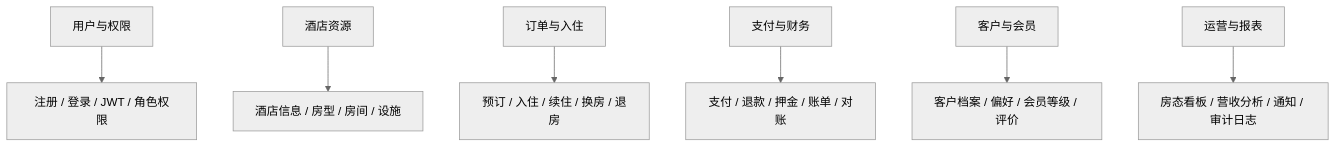
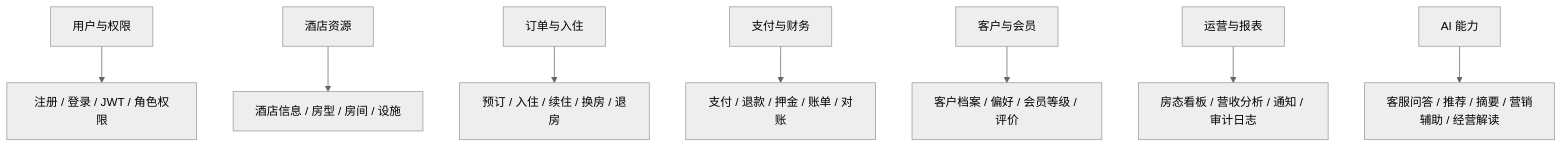
Before and after one commit to MelodyKnit/HoteLink: the third of 7 diagrams in docs/frontend-system-design.md, drawn with Mermaid (neutral theme). The commit also changed other lines of this file and 15 other files, not shown here.

````diff
--- a/docs/frontend-system-design.md
+++ b/docs/frontend-system-design.md
@@ -102,9 +107,10 @@
 ```mermaid
 flowchart TD
     A["用户与权限"] --> A1["注册 / 登录 / JWT / 角色权限"]
     B["酒店资源"] --> B1["酒店信息 / 房型 / 房间 / 设施"]
     C["订单与入住"] --> C1["预订 / 入住 / 续住 / 换房 / 退房"]
     D["支付与财务"] --> D1["支付 / 退款 / 押金 / 账单 / 对账"]
     E["客户与会员"] --> E1["客户档案 / 偏好 / 会员等级 / 评价"]
     F["运营与报表"] --> F1["房态看板 / 营收分析 / 通知 / 审计日志"]
+    G["AI 能力"] --> G1["客服问答 / 推荐 / 摘要 / 营销辅助 / 经营解读"]
 ```
````
